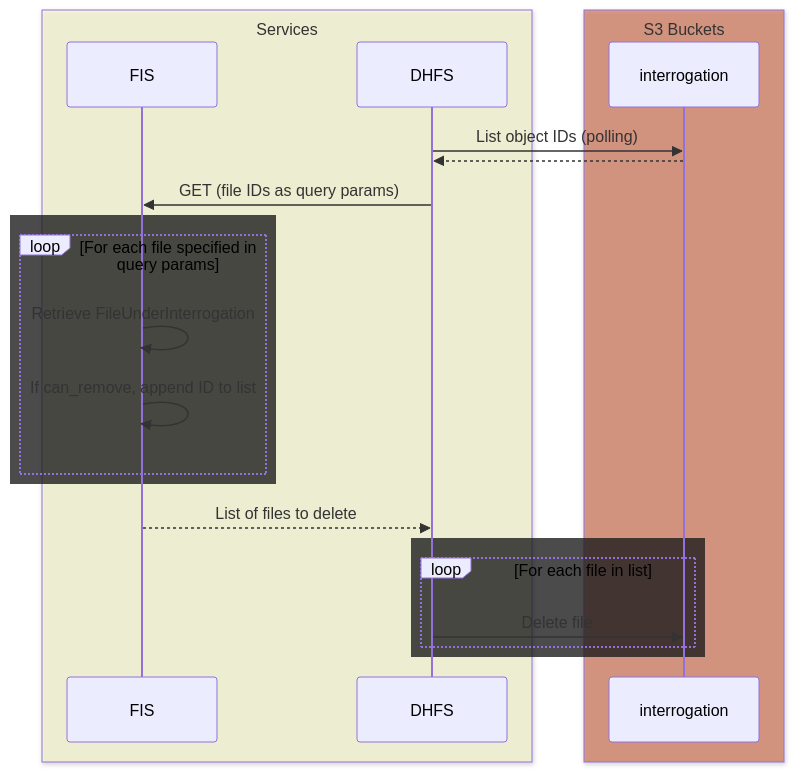
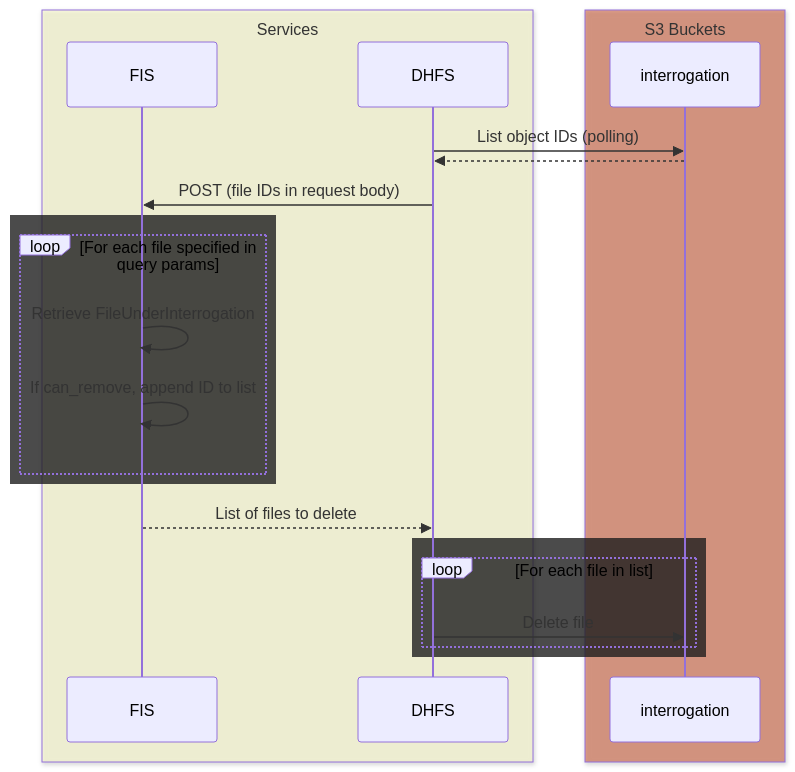
The second of 3 diagrams in 84-sarcastic-fringehead/technical_specification.md (ghga-de/epic-docs), drawn with Mermaid before and after one commit. The commit also changed other lines of this file, not shown here.

Commit message:
Update for DHFS changes

````diff
--- a/84-sarcastic-fringehead/technical_specification.md
+++ b/84-sarcastic-fringehead/technical_specification.md
@@ -764,26 +784,26 @@
 ```mermaid
 sequenceDiagram
     box rgb(255, 255, 200, .5) Services
         participant FIS
         participant DHFS
     end
     box rgb(200, 75, 35, 0.5) S3 Buckets
         participant interrogation
     end
     
     DHFS->>interrogation: List object IDs (polling)
     interrogation-->>DHFS:
-    DHFS->>FIS: GET (file IDs as query params)
+    DHFS->>FIS: POST (file IDs in request body)
     rect rgb(30, 30, 30, .8)
         loop For each file specified in query params
           FIS->>FIS: Retrieve FileUnderInterrogation
           FIS->>FIS: If can_remove, append ID to list
         end
     end
     FIS-->>DHFS: List of files to delete
     rect rgb(30, 30, 30, .8)
         loop For each file in list
           DHFS->>interrogation: Delete file
         end
     end
 ```
````
